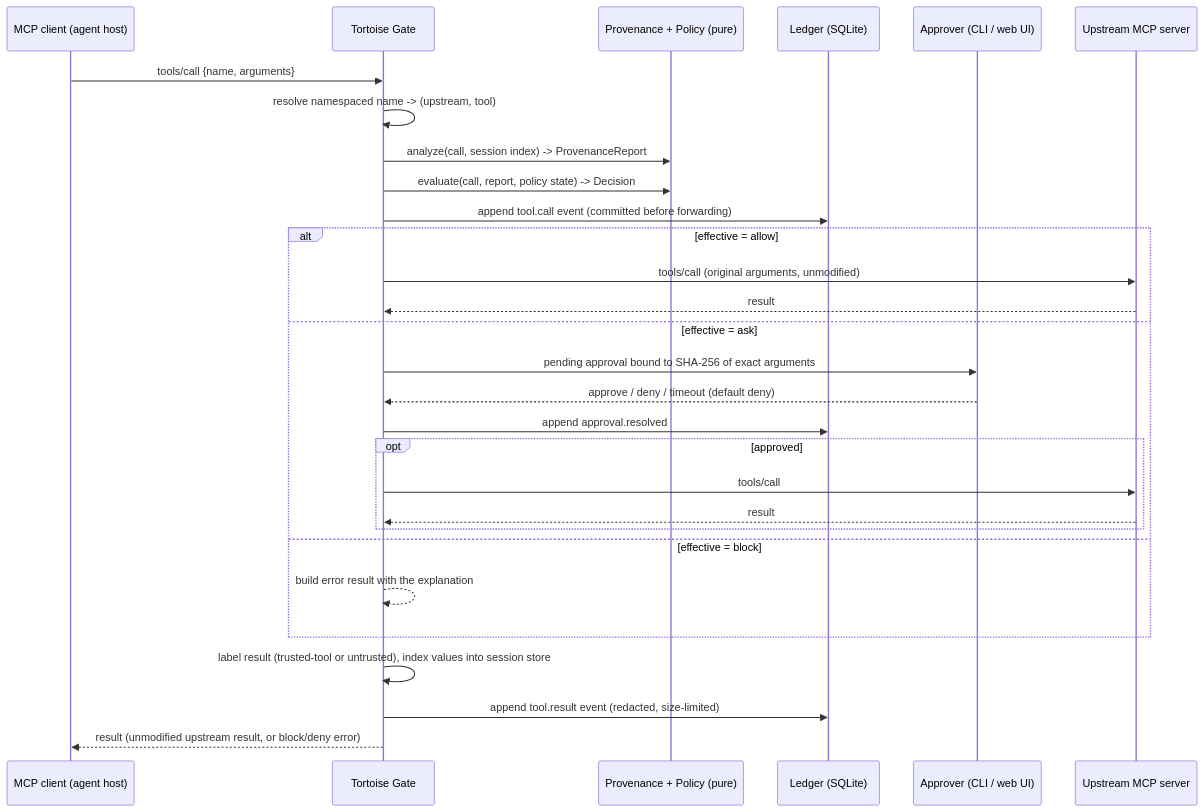
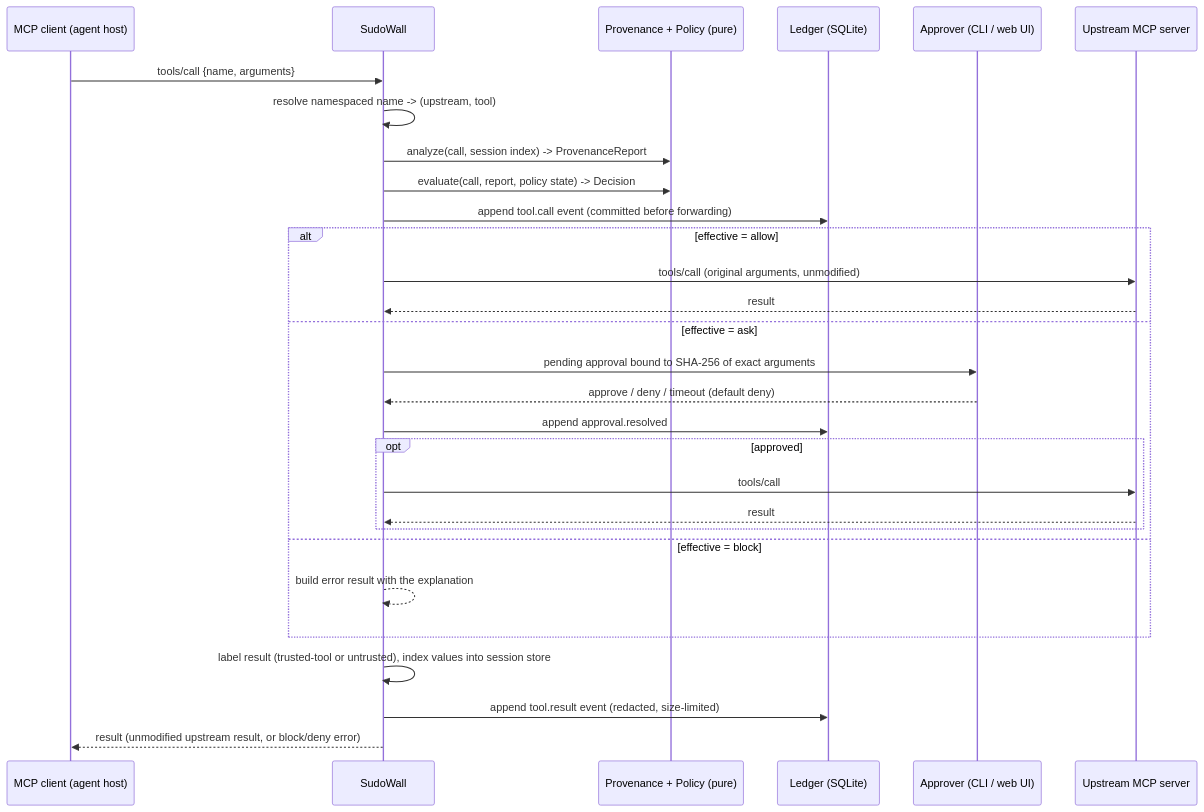
The first of 4 diagrams in docs/architecture.md (ABDULMUNAFZ/sudowall), drawn with Mermaid before and after one commit. The commit also changed other lines of this file and 142 other files, not shown here.

First line of the commit message:
feat!: rename Tortoise Gate to SudoWall; 0.3.0

````diff
--- a/docs/architecture.md
+++ b/docs/architecture.md
@@ -48,32 +48,32 @@
 ```mermaid
 sequenceDiagram
     participant C as MCP client (agent host)
-    participant G as Tortoise Gate
+    participant G as SudoWall
     participant P as Provenance + Policy (pure)
     participant L as Ledger (SQLite)
     participant A as Approver (CLI / web UI)
     participant U as Upstream MCP server
 
     C->>G: tools/call {name, arguments}
     G->>G: resolve namespaced name -> (upstream, tool)
     G->>P: analyze(call, session index) -> ProvenanceReport
     G->>P: evaluate(call, report, policy state) -> Decision
     G->>L: append tool.call event (committed before forwarding)
     alt effective = allow
         G->>U: tools/call (original arguments, unmodified)
         U-->>G: result
     else effective = ask
         G->>A: pending approval bound to SHA-256 of exact arguments
         A-->>G: approve / deny / timeout (default deny)
         G->>L: append approval.resolved
         opt approved
             G->>U: tools/call
             U-->>G: result
         end
     else effective = block
         G-->>G: build error result with the explanation
     end
     G->>G: label result (trusted-tool or untrusted), index values into session store
     G->>L: append tool.result event (redacted, size-limited)
     G-->>C: result (unmodified upstream result, or block/deny error)
 ```
````
